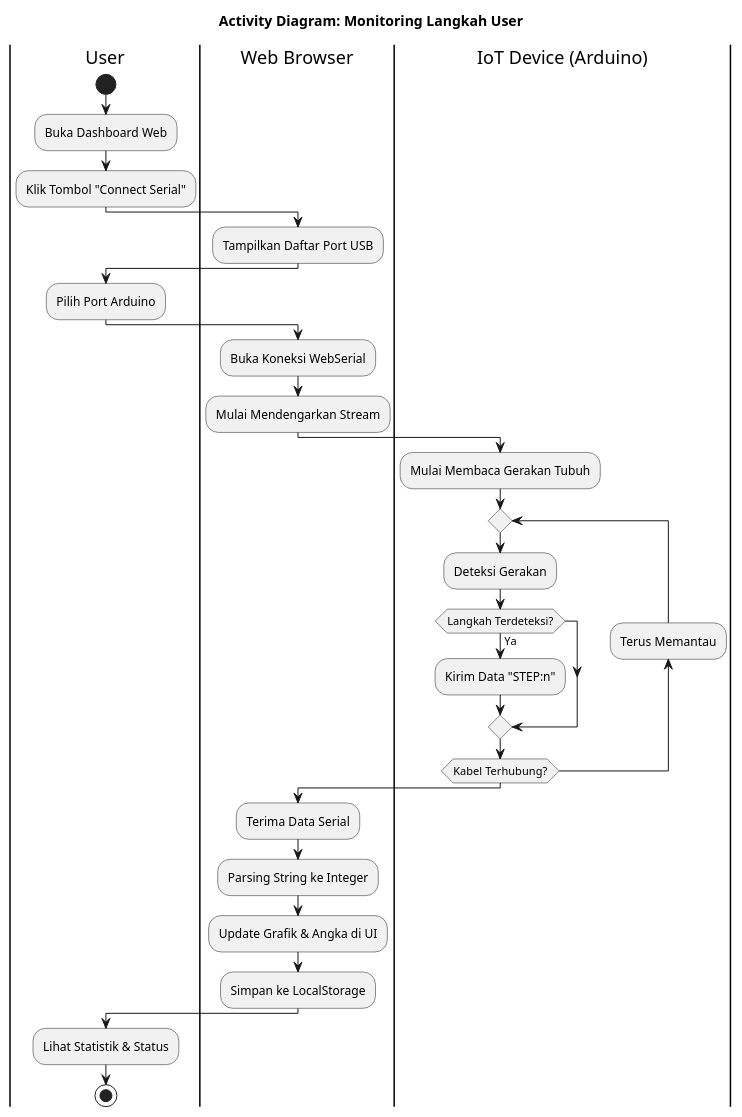
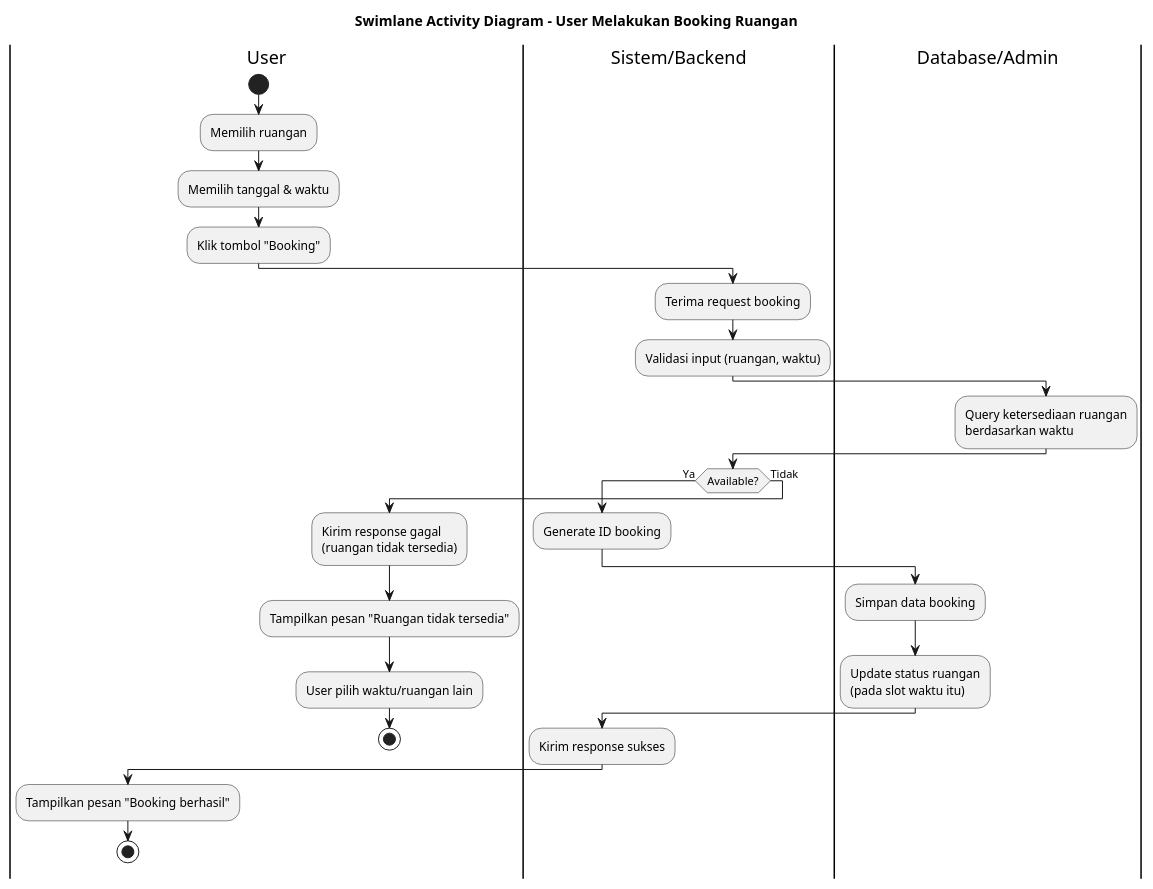
The diagram in diagram/activity diagram.puml (E-PPAW-TI503P-2025/PROJECT_KEL1_BODYSENSOR), drawn with PlantUML before and after one commit.

Commit message:
update Activity Diagram

```diff
--- a/diagram/activity diagram.puml
+++ b/diagram/activity diagram.puml
@@ -1,38 +1,36 @@
 @startuml
-title Activity Diagram: Monitoring Langkah User
+title Swimlane Activity Diagram - User Melakukan Booking Ruangan
 
 |User|
 start
-:Buka Dashboard Web;
-:Klik Tombol "Connect Serial";
+:Memilih ruangan;
+:Memilih tanggal & waktu;
+:Klik tombol "Booking";
 
-|Web Browser|
-:Tampilkan Daftar Port USB;
+|Sistem/Backend|
+:Terima request booking;
+:Validasi input (ruangan, waktu);
 
-|User|
-:Pilih Port Arduino;
+|Database/Admin|
+:Query ketersediaan ruangan\nberdasarkan waktu;
 
-|Web Browser|
-:Buka Koneksi WebSerial;
-:Mulai Mendengarkan Stream;
+|Sistem/Backend|
+if (Available?) then (Ya)
+  :Generate ID booking;
+  |Database/Admin|
+  :Simpan data booking;
+  :Update status ruangan\n(pada slot waktu itu);
+  |Sistem/Backend|
+  :Kirim response sukses;
+  |User|
+  :Tampilkan pesan "Booking berhasil";
+  stop
+else (Tidak)
+  :Kirim response gagal\n(ruangan tidak tersedia);
+  |User|
+  :Tampilkan pesan "Ruangan tidak tersedia";
+  :User pilih waktu/ruangan lain;
+  stop
+endif
 
-|IoT Device (Arduino)|
-:Mulai Membaca Gerakan Tubuh;
-repeat
-  :Deteksi Gerakan;
-  if (Langkah Terdeteksi?) then (Ya)
-    :Kirim Data "STEP:n";
-  endif
-backward:Terus Memantau;
-repeat while (Kabel Terhubung?)
-
-|Web Browser|
-:Terima Data Serial;
-:Parsing String ke Integer;
-:Update Grafik & Angka di UI;
-:Simpan ke LocalStorage;
-
-|User|
-:Lihat Statistik & Status;
-stop
 @enduml
```
